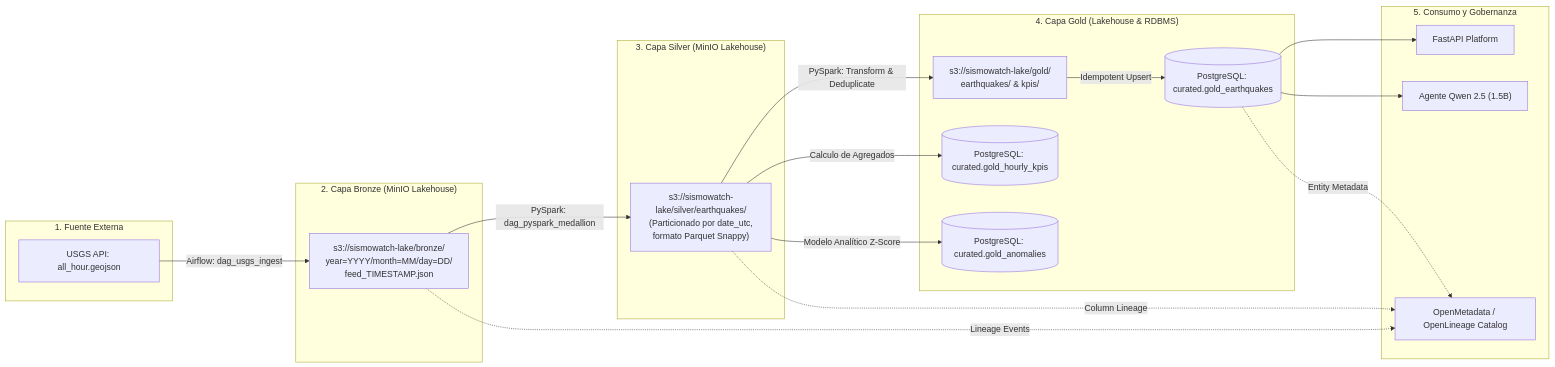
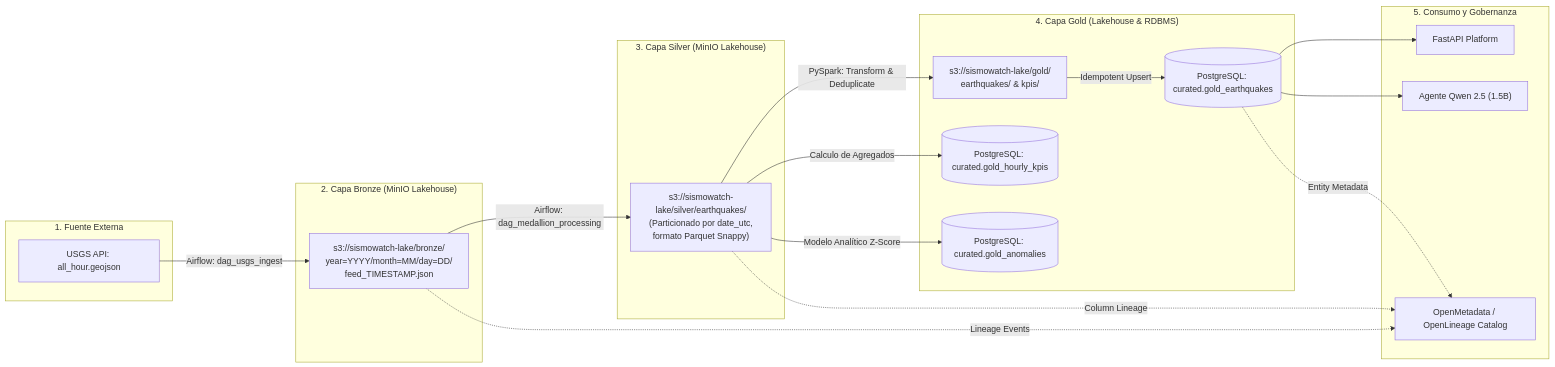
Before and after one commit to Dan18eP/prueba_desempenio_october: the diagram in docs/data_lineage.md, drawn with Mermaid. The commit also changed other lines of this file and 12 other files, not shown here.

Commit message:
feat(architecture): record ADR 0010 and rename medallion DAG to dag_medallion_processing

````diff
--- a/docs/data_lineage.md
+++ b/docs/data_lineage.md
@@ -17,45 +17,45 @@
 ```mermaid
 flowchart LR
     subgraph S1 ["1. Fuente Externa"]
         SRC["USGS API: all_hour.geojson"]
     end
 
     subgraph S2 ["2. Capa Bronze (MinIO Lakehouse)"]
         BRONZE["s3://sismowatch-lake/bronze/
 year=YYYY/month=MM/day=DD/
 feed_TIMESTAMP.json"]
     end
 
     subgraph S3 ["3. Capa Silver (MinIO Lakehouse)"]
         SILVER["s3://sismowatch-lake/silver/earthquakes/
 (Particionado por date_utc,
 formato Parquet Snappy)"]
     end
 
     subgraph S4 ["4. Capa Gold (Lakehouse & RDBMS)"]
         GOLD_MINIO["s3://sismowatch-lake/gold/
 earthquakes/ & kpis/"]
         GOLD_PG[("PostgreSQL: curated.gold_earthquakes")]
         KPIS_PG[("PostgreSQL: curated.gold_hourly_kpis")]
         ANOMALIES_PG[("PostgreSQL: curated.gold_anomalies")]
     end
 
     subgraph S5 ["5. Consumo y Gobernanza"]
         API["FastAPI Platform"]
         AI["Agente Qwen 2.5 (1.5B)"]
         OM["OpenMetadata / OpenLineage Catalog"]
     end
 
     SRC -->|Airflow: dag_usgs_ingest| BRONZE
-    BRONZE -->|PySpark: dag_pyspark_medallion| SILVER
+    BRONZE -->|Airflow: dag_medallion_processing| SILVER
     SILVER -->|PySpark: Transform & Deduplicate| GOLD_MINIO
     GOLD_MINIO -->|Idempotent Upsert| GOLD_PG
     SILVER -->|Calculo de Agregados| KPIS_PG
     SILVER -->|Modelo Analítico Z-Score| ANOMALIES_PG
 
     GOLD_PG --> API
     GOLD_PG --> AI
     BRONZE -.->|Lineage Events| OM
     SILVER -.->|Column Lineage| OM
     GOLD_PG -.->|Entity Metadata| OM
 ```
````
